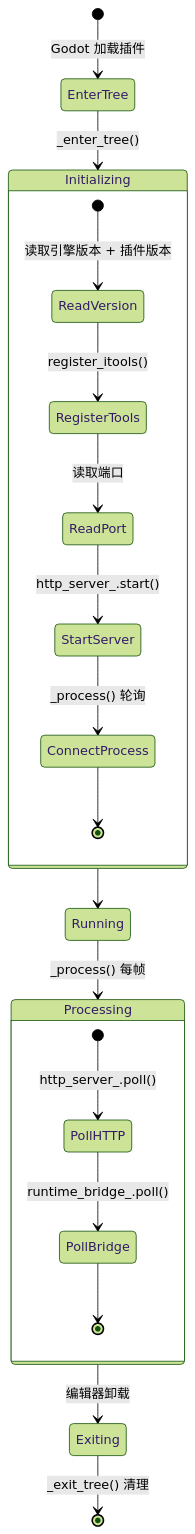
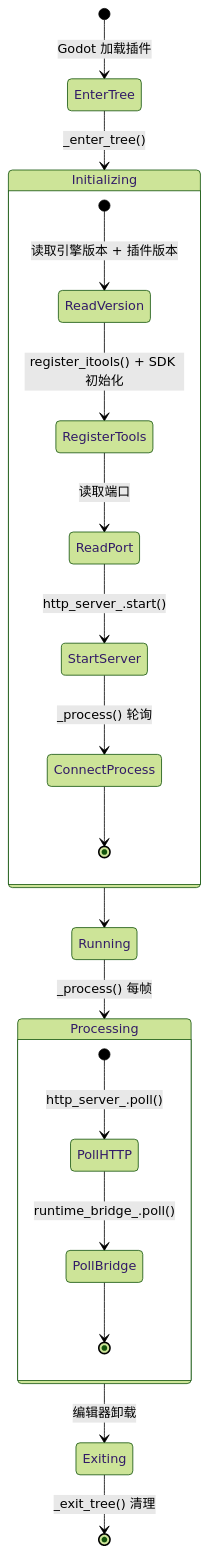
The third of 4 diagrams in docs/zh/guide/architecture.md (jesspig/GodotMCP-GDExtension), drawn with Mermaid (forest theme) before and after one commit. The commit also changed other lines of this file and 17 other files, not shown here.

````diff
--- a/docs/zh/guide/architecture.md
+++ b/docs/zh/guide/architecture.md
@@ -80,26 +88,26 @@
 ```mermaid
 stateDiagram-v2
     [*] --> EnterTree: Godot 加载插件
     EnterTree --> Initializing: _enter_tree()
     
     state Initializing {
         [*] --> ReadVersion: 读取引擎版本 + 插件版本
-        ReadVersion --> RegisterTools: register_itools()
+        ReadVersion --> RegisterTools: register_itools() + SDK 初始化
         RegisterTools --> ReadPort: 读取端口
         ReadPort --> StartServer: http_server_.start()
         StartServer --> ConnectProcess: _process() 轮询
         ConnectProcess --> [*]
     }
     
     Initializing --> Running
     Running --> Processing: _process() 每帧
     
     state Processing {
         [*] --> PollHTTP: http_server_.poll()
         PollHTTP --> PollBridge: runtime_bridge_.poll()
         PollBridge --> [*]
     }
     
     Processing --> Exiting: 编辑器卸载
     Exiting --> [*]: _exit_tree() 清理
 ```
````
